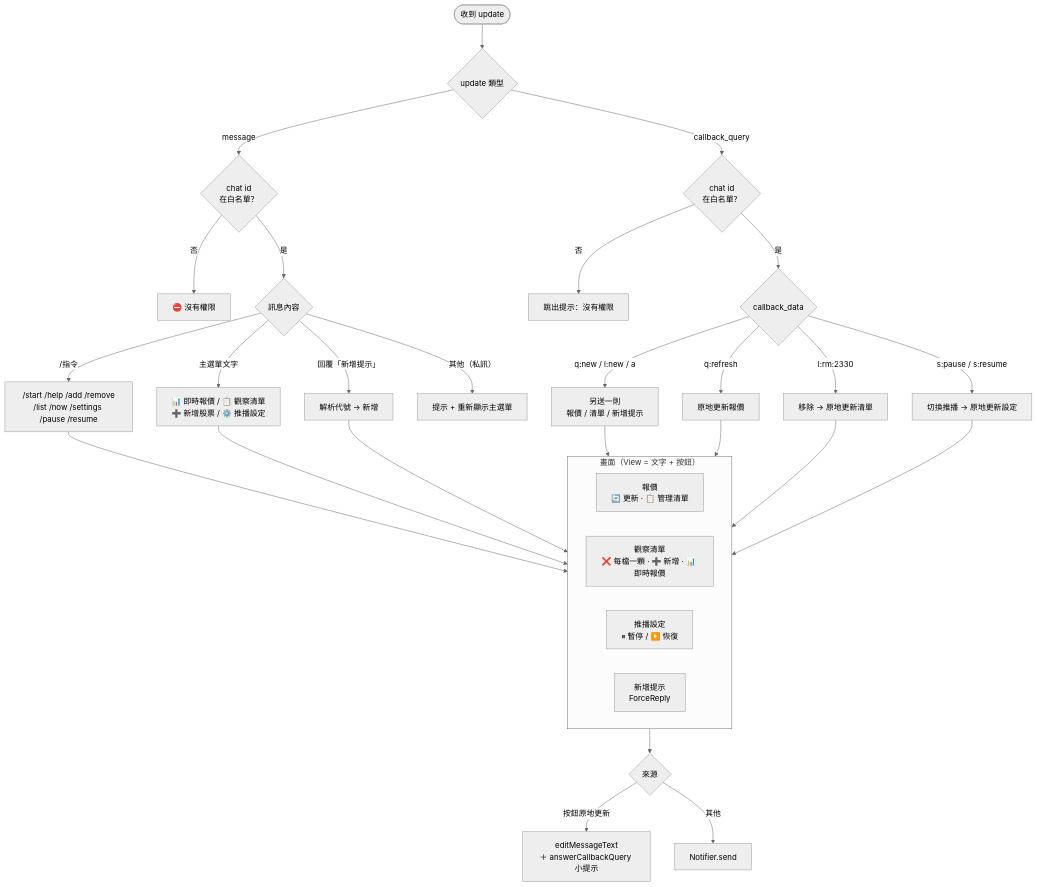
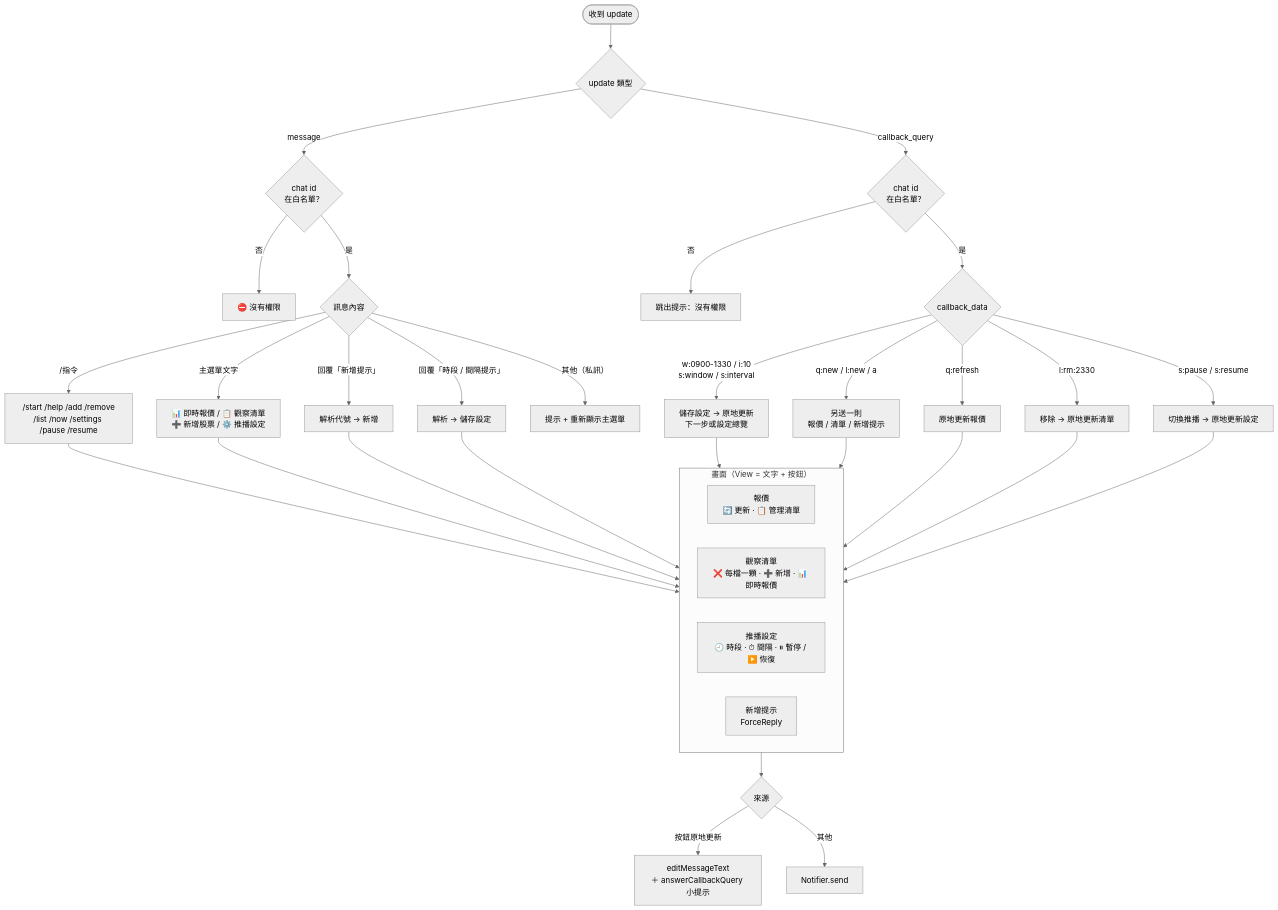
The fourth of 5 diagrams in docs/architecture.md (enochctcg/stock-bot-2), drawn with Mermaid (neutral theme) before and after one commit. The commit also changed other lines of this file and 19 other files, not shown here.

````diff
--- a/docs/architecture.md
+++ b/docs/architecture.md
@@ -105,39 +137,43 @@
 ```mermaid
 flowchart TD
     start(["收到 update"]) --> type{"update 類型"}
 
     type -- "message" --> allow1{"chat id<br/>在白名單？"}
     allow1 -- "否" --> deny["⛔ 沒有權限"]
     allow1 -- "是" --> kind{"訊息內容"}
     kind -- "/指令" --> cmd["/start /help /add /remove<br/>/list /now /settings /pause /resume"]
     kind -- "主選單文字" --> menu["📊 即時報價 / 📋 觀察清單<br/>➕ 新增股票 / ⚙️ 推播設定"]
     kind -- "回覆「新增提示」" --> addReply["解析代號 → 新增"]
+    kind -- "回覆「時段 / 間隔提示」" --> setReply["解析 → 儲存設定"]
     kind -- "其他（私訊）" --> hint["提示 + 重新顯示主選單"]
 
     type -- "callback_query" --> allow2{"chat id<br/>在白名單？"}
     allow2 -- "否" --> toastDeny["跳出提示：沒有權限"]
     allow2 -- "是" --> cb{"callback_data"}
     cb -- "q:refresh" --> editQuote["原地更新報價"]
     cb -- "l:rm:2330" --> rm["移除 → 原地更新清單"]
     cb -- "s:pause / s:resume" --> toggle["切換推播 → 原地更新設定"]
     cb -- "q:new / l:new / a" --> newMsg["另送一則<br/>報價 / 清單 / 新增提示"]
+    cb -- "w:0900-1330 / i:10<br/>s:window / s:interval" --> setCb["儲存設定 → 原地更新<br/>下一步或設定總覽"]
 
     cmd --> views
     menu --> views
     addReply --> views
+    setReply --> views
+    setCb --> views
     newMsg --> views
     editQuote --> views
     rm --> views
     toggle --> views
 
     subgraph views["畫面（View = 文字 + 按鈕）"]
         v1["報價<br/>🔄 更新 · 📋 管理清單"]
         v2["觀察清單<br/>❌ 每檔一顆 · ➕ 新增 · 📊 即時報價"]
-        v3["推播設定<br/>⏸ 暫停 / ▶️ 恢復"]
+        v3["推播設定<br/>🕘 時段 · ⏱ 間隔 · ⏸ 暫停 / ▶️ 恢復"]
         v4["新增提示<br/>ForceReply"]
     end
 
     views --> out{"來源"}
     out -- "按鈕原地更新" --> edit["editMessageText<br/>＋ answerCallbackQuery 小提示"]
     out -- "其他" --> send["Notifier.send"]
 ```
````
